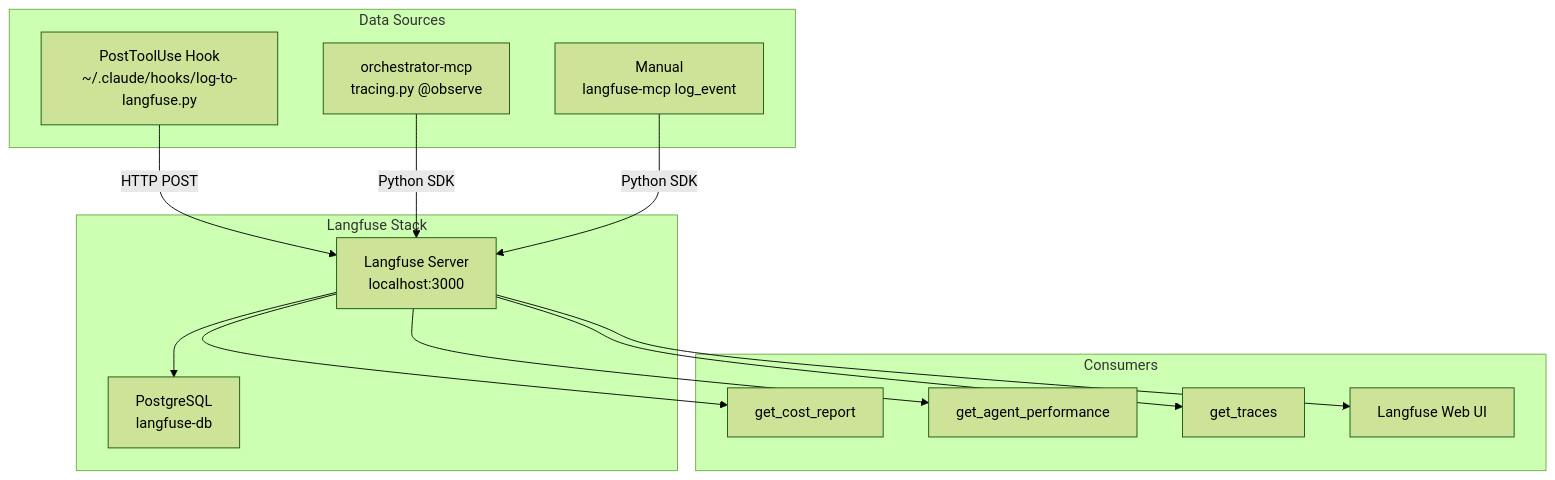
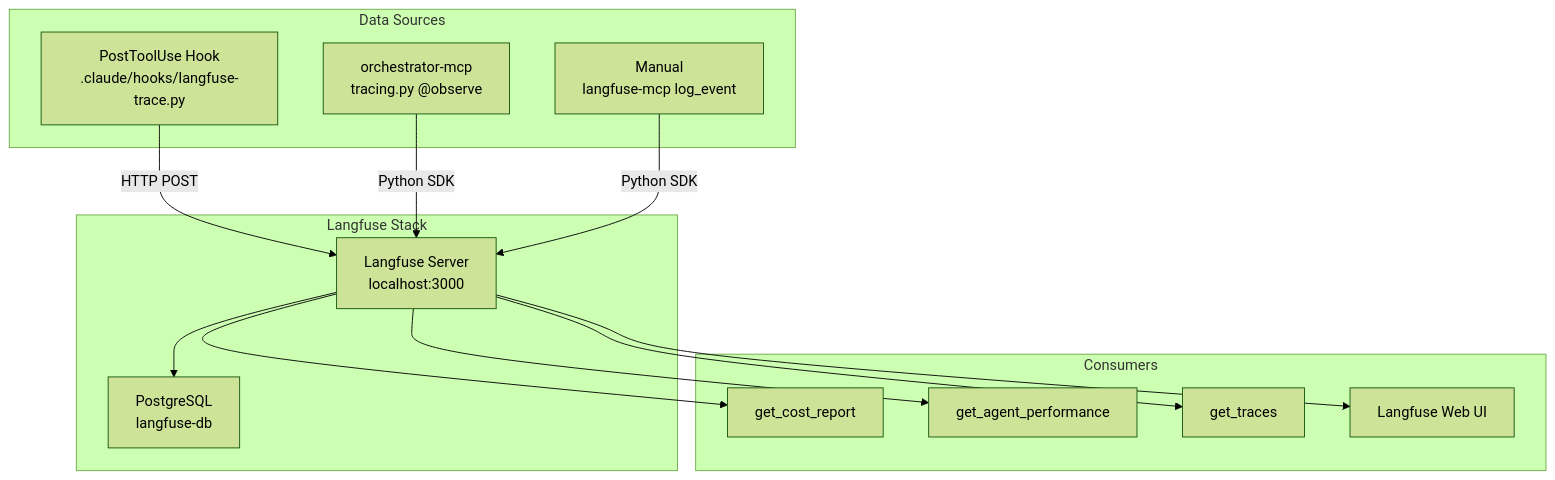
One commit to SpandrelInteractive/claude_workspace changed the first of 2 diagrams in .claude/docs/observability.md. Above: the diagram before and after it, drawn with Mermaid (forest theme). The commit also changed other lines of this file and 4 other files, not shown here.

First line of the commit message:
fix: MAO audit — add Langfuse tracing, fix gemini-delegation, add pending-actions hook

````diff
--- a/.claude/docs/observability.md
+++ b/.claude/docs/observability.md
@@ -12,26 +12,26 @@
 ```mermaid
 graph TB
     subgraph "Data Sources"
-        H[PostToolUse Hook<br/>~/.claude/hooks/log-to-langfuse.py]
+        H[PostToolUse Hook<br/>.claude/hooks/langfuse-trace.py]
         OM[orchestrator-mcp<br/>tracing.py @observe]
         M[Manual<br/>langfuse-mcp log_event]
     end
 
     subgraph "Langfuse Stack"
         LF[Langfuse Server<br/>localhost:3000]
         PG[PostgreSQL<br/>langfuse-db]
     end
 
     subgraph "Consumers"
         CR[get_cost_report]
         AP[get_agent_performance]
         TR[get_traces]
         UI[Langfuse Web UI]
     end
 
     H -->|HTTP POST| LF
     OM -->|Python SDK| LF
     M -->|Python SDK| LF
     LF --> PG
     LF --> CR & AP & TR & UI
 ```
````
